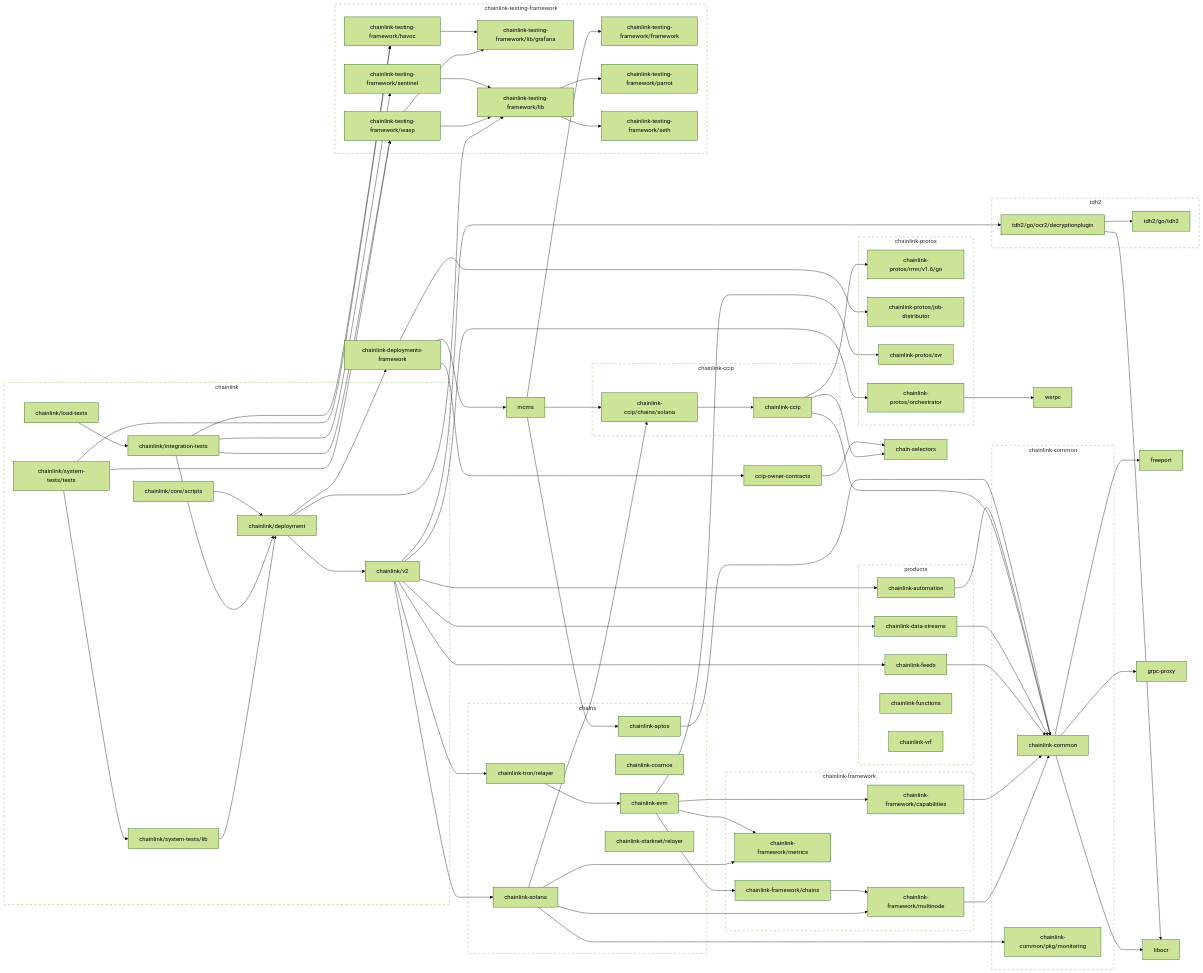
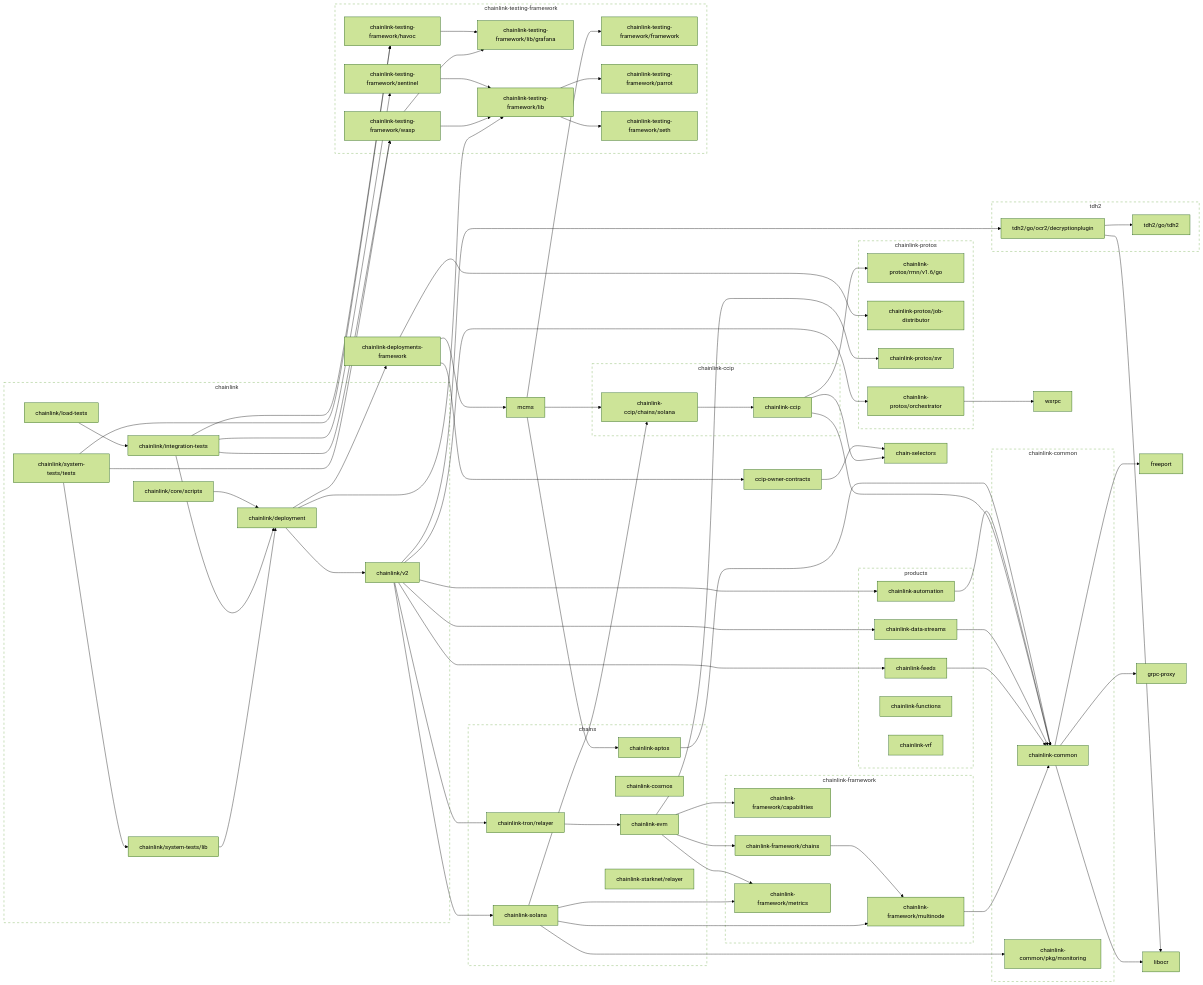
The second of 2 diagrams in go.md (smartcontractkit/chainlink), drawn with Mermaid (forest theme) before and after one commit. The commit also changed other lines of this file and 22 other files, not shown here.

```diff
--- a/go.md
+++ b/go.md
@@ -182,7 +182,7 @@
 	click chainlink-evm href "https://github.com/smartcontractkit/chainlink-evm"
 	chainlink-feeds --> chainlink-common
 	click chainlink-feeds href "https://github.com/smartcontractkit/chainlink-feeds"
-	chainlink-framework/capabilities --> chainlink-common
+	chainlink-framework/capabilities
 	click chainlink-framework/capabilities href "https://github.com/smartcontractkit/chainlink-framework"
 	chainlink-framework/chains --> chainlink-framework/multinode
 	click chainlink-framework/chains href "https://github.com/smartcontractkit/chainlink-framework"
```
